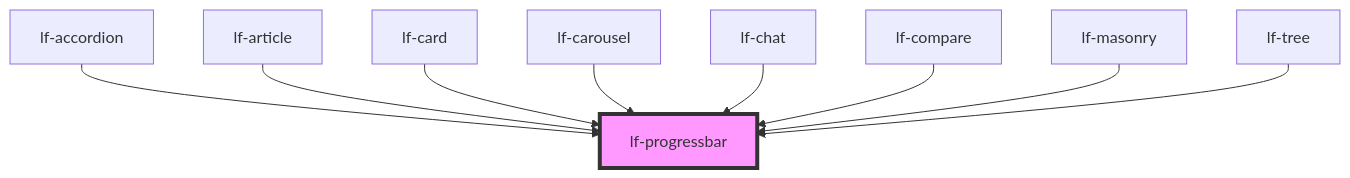
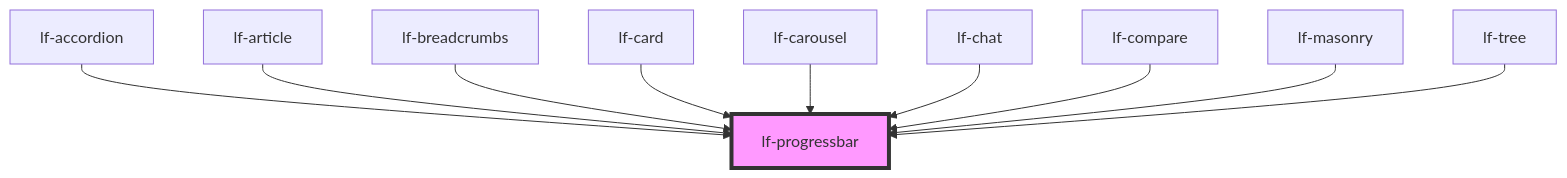
Before and after one commit to lucafoscili/lf-widgets: the diagram in packages/core/src/components/lf-progressbar/readme.md, drawn with Mermaid. The commit also changed other lines of this file and 17 other files, not shown here.

````diff
--- a/packages/core/src/components/lf-progressbar/readme.md
+++ b/packages/core/src/components/lf-progressbar/readme.md
@@ -117,12 +118,13 @@
 ```mermaid
 graph TD;
   lf-accordion --> lf-progressbar
   lf-article --> lf-progressbar
+  lf-breadcrumbs --> lf-progressbar
   lf-card --> lf-progressbar
   lf-carousel --> lf-progressbar
   lf-chat --> lf-progressbar
   lf-compare --> lf-progressbar
   lf-masonry --> lf-progressbar
   lf-tree --> lf-progressbar
   style lf-progressbar fill:#f9f,stroke:#333,stroke-width:4px
 ```
````
